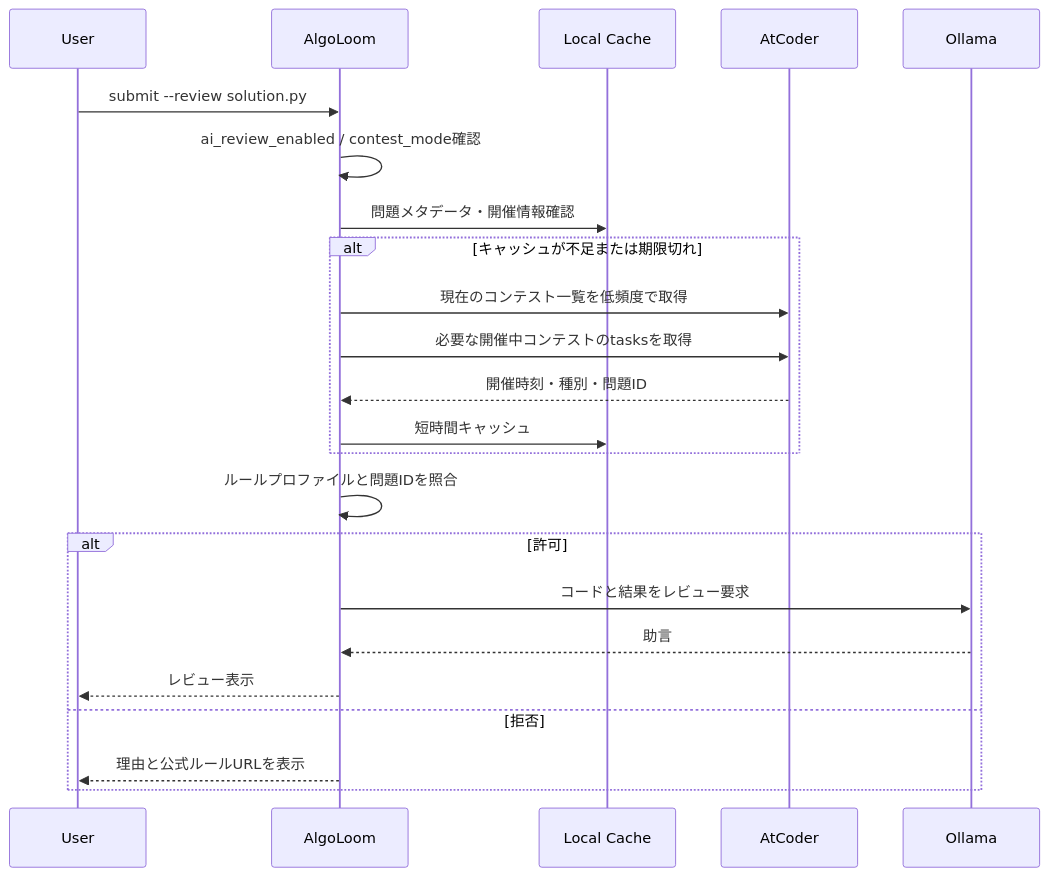
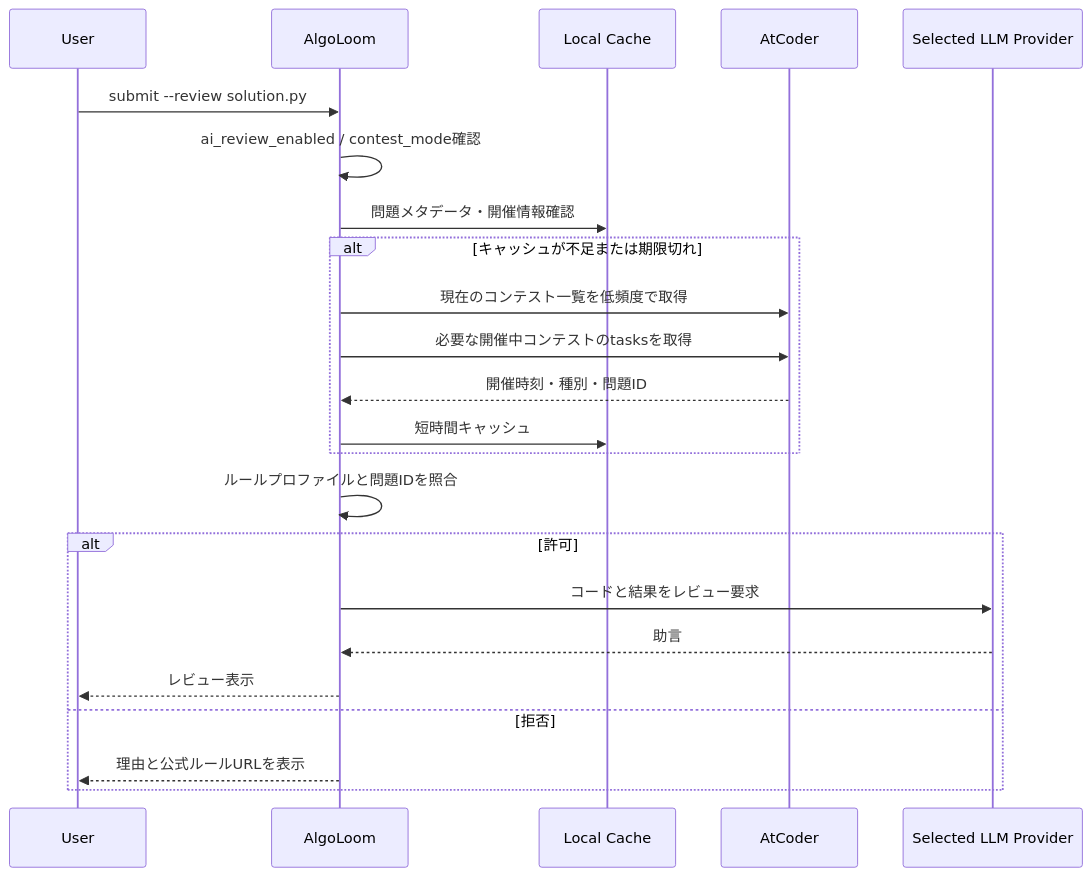
Before and after one commit to mgmaru/algo-loom: the third of 5 diagrams in distribution/ai-review-safety-design.md, drawn with Mermaid. The commit also changed other lines of this file and 4 other files, not shown here.

````diff
--- a/distribution/ai-review-safety-design.md
+++ b/distribution/ai-review-safety-design.md
@@ -392,26 +395,26 @@
 ```mermaid
 sequenceDiagram
     participant U as User
     participant A as AlgoLoom
     participant C as Local Cache
     participant AT as AtCoder
-    participant O as Ollama
+    participant O as Selected LLM Provider
 
     U->>A: submit --review solution.py
     A->>A: ai_review_enabled / contest_mode確認
     A->>C: 問題メタデータ・開催情報確認
     alt キャッシュが不足または期限切れ
         A->>AT: 現在のコンテスト一覧を低頻度で取得
         A->>AT: 必要な開催中コンテストのtasksを取得
         AT-->>A: 開催時刻・種別・問題ID
         A->>C: 短時間キャッシュ
     end
     A->>A: ルールプロファイルと問題IDを照合
     alt 許可
         A->>O: コードと結果をレビュー要求
         O-->>A: 助言
         A-->>U: レビュー表示
     else 拒否
         A-->>U: 理由と公式ルールURLを表示
     end
 ```
````
